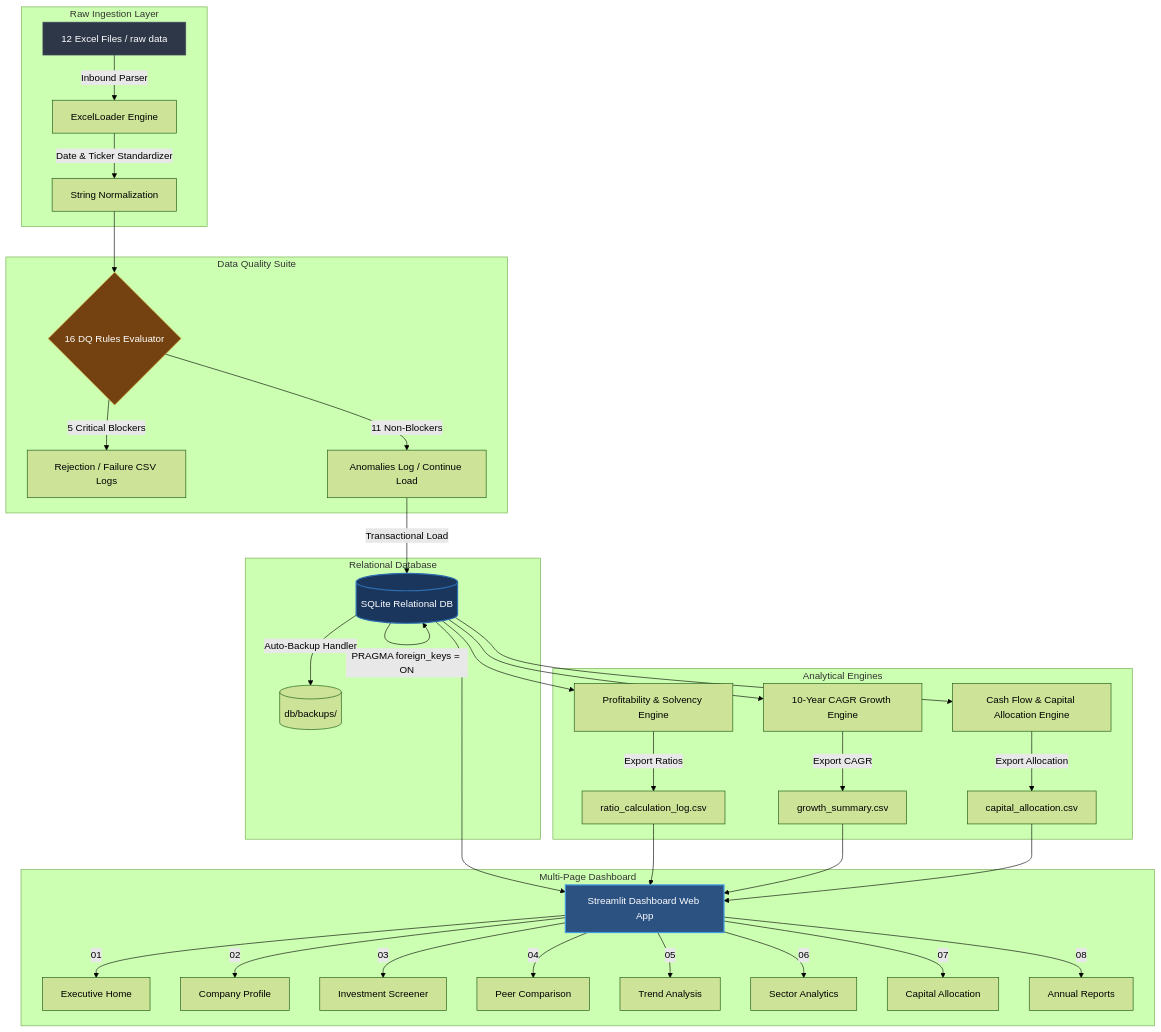
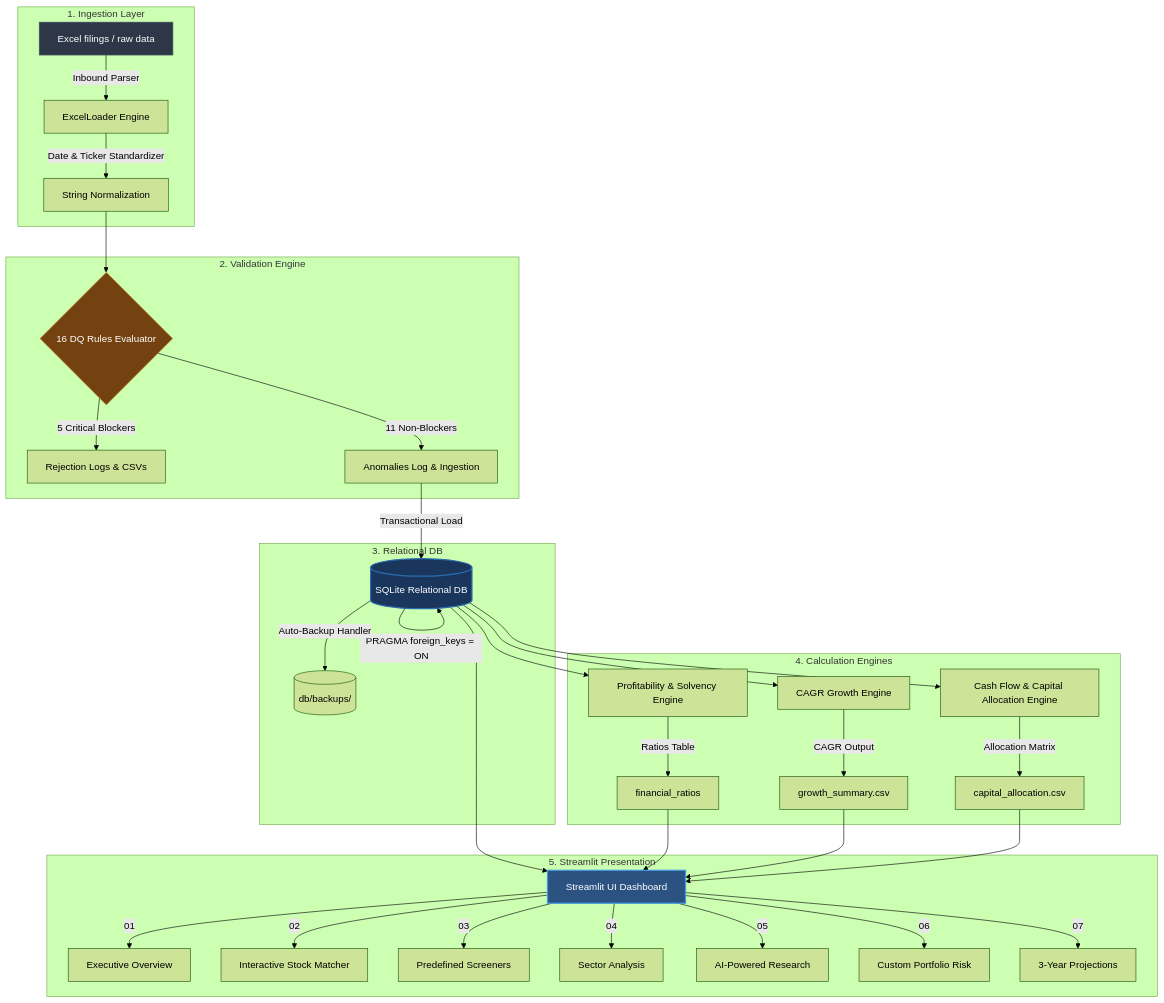
The diagram in README.md (krishnavasnani07/n100-financial-intelligence-platform), drawn with Mermaid (forest theme) before and after one commit. The commit also changed other lines of this file and 23 other files, not shown here.

````diff
--- a/README.md
+++ b/README.md
@@ -97,48 +77,47 @@
 ```mermaid
 flowchart TD
-    subgraph Raw Ingestion Layer
-        A[12 Excel Files / raw data] -->|Inbound Parser| B[ExcelLoader Engine]
+    subgraph Ingestion Layer [1. Ingestion Layer]
+        A[Excel filings / raw data] -->|Inbound Parser| B[ExcelLoader Engine]
         B -->|Date & Ticker Standardizer| C[String Normalization]
     end
 
-    subgraph Data Quality Suite
+    subgraph Data Quality Suite [2. Validation Engine]
         C --> D{16 DQ Rules Evaluator}
-        D -->|5 Critical Blockers| E[Rejection / Failure CSV Logs]
-        D -->|11 Non-Blockers| F[Anomalies Log / Continue Load]
+        D -->|5 Critical Blockers| E[Rejection Logs & CSVs]
+        D -->|11 Non-Blockers| F[Anomalies Log & Ingestion]
     end
 
-    subgraph Relational Database
+    subgraph Relational Database [3. Relational DB]
         F -->|Transactional Load| G[(SQLite Relational DB)]
         G -->|PRAGMA foreign_keys = ON| G
         G -->|Auto-Backup Handler| H[(db/backups/)]
     end
 
-    subgraph Analytical Engines
+    subgraph Analytical Engines [4. Calculation Engines]
         G --> I[Profitability & Solvency Engine]
-        G --> J[10-Year CAGR Growth Engine]
+        G --> J[CAGR Growth Engine]
         G --> K[Cash Flow & Capital Allocation Engine]
-        I -->|Export Ratios| L[ratio_calculation_log.csv]
-        J -->|Export CAGR| M[growth_summary.csv]
-        K -->|Export Allocation| N[capital_allocation.csv]
+        I -->|Ratios Table| L[financial_ratios]
+        J -->|CAGR Output| M[growth_summary.csv]
+        K -->|Allocation Matrix| N[capital_allocation.csv]
     end
 
-    subgraph Multi-Page Dashboard
-        G --> O[Streamlit Dashboard Web App]
+    subgraph Dashboard UI [5. Streamlit Presentation]
+        G --> O[Streamlit UI Dashboard]
         L --> O
         M --> O
         N --> O
-        O -->|01| O1[Executive Home]
-        O -->|02| O2[Company Profile]
-        O -->|03| O3[Investment Screener]
-        O -->|04| O4[Peer Comparison]
-        O -->|05| O5[Trend Analysis]
-        O -->|06| O6[Sector Analytics]
-        O -->|07| O7[Capital Allocation]
-        O -->|08| O8[Annual Reports]
+        O -->|01| O1[Executive Overview]
+        O -->|02| O2[Interactive Stock Matcher]
+        O -->|03| O3[Predefined Screeners]
+        O -->|04| O4[Sector Analysis]
+        O -->|05| O5[AI-Powered Research]
+        O -->|06| O6[Custom Portfolio Risk]
+        O -->|07| O7[3-Year Projections]
     end
 
     style A fill:#2d3748,stroke:#4a5568,stroke-width:1px,color:#fff
     style G fill:#1a365d,stroke:#2b6cb0,stroke-width:2px,color:#fff
     style O fill:#2c5282,stroke:#4299e1,stroke-width:2px,color:#fff
     style D fill:#744210,stroke:#d69e2e,stroke-width:1px,color:#fff
 ```
````
